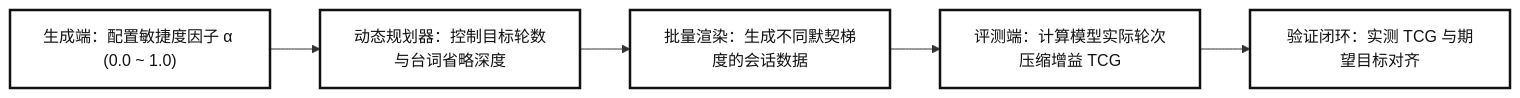
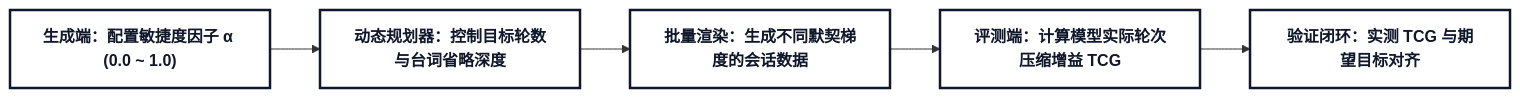
One commit to wangbanjin1/cross_data_gen changed the third of 5 diagrams in docs/archive/memory_evolution_proposal.md. Above: the diagram before and after it, drawn with Mermaid. The commit also changed other lines of this file and 17 other files, not shown here.

Commit message:
docs: reorganize 4-layer doc architecture, convert ASCII to Mermaid, and upgrade HTML visual renderer

````diff
--- a/docs/archive/memory_evolution_proposal.md
+++ b/docs/archive/memory_evolution_proposal.md
@@ -119,9 +119,9 @@
 ```mermaid
 graph LR
-    classDef default fill:#FFFFFF,stroke:#111111,stroke-width:2.5px,color:#111111;
+    classDef default fill:#FFFFFF,stroke:#0F172A,stroke-width:2.5px,color:#0F172A,font-weight:bold;
 
-    A["生成端：配置敏捷度因子 α (0.0 ~ 1.0)"] --> B["动态规划器：控制目标轮数与台词省略深度"]
-    B --> C["批量渲染：生成不同默契梯度的会话数据"]
-    C --> D["评测端：计算模型实际轮次压缩增益 TCG"]
-    D --> E["验证闭环：实测 TCG 与期望目标对齐"]
+    A["<b>生成端：配置敏捷度因子 α (0.0 ~ 1.0)</b>"] --> B["<b>动态规划器：控制目标轮数与台词省略深度</b>"]
+    B --> C["<b>批量渲染：生成不同默契梯度的会话数据</b>"]
+    C --> D["<b>评测端：计算模型实际轮次压缩增益 TCG</b>"]
+    D --> E["<b>验证闭环：实测 TCG 与期望目标对齐</b>"]
 ```
````
